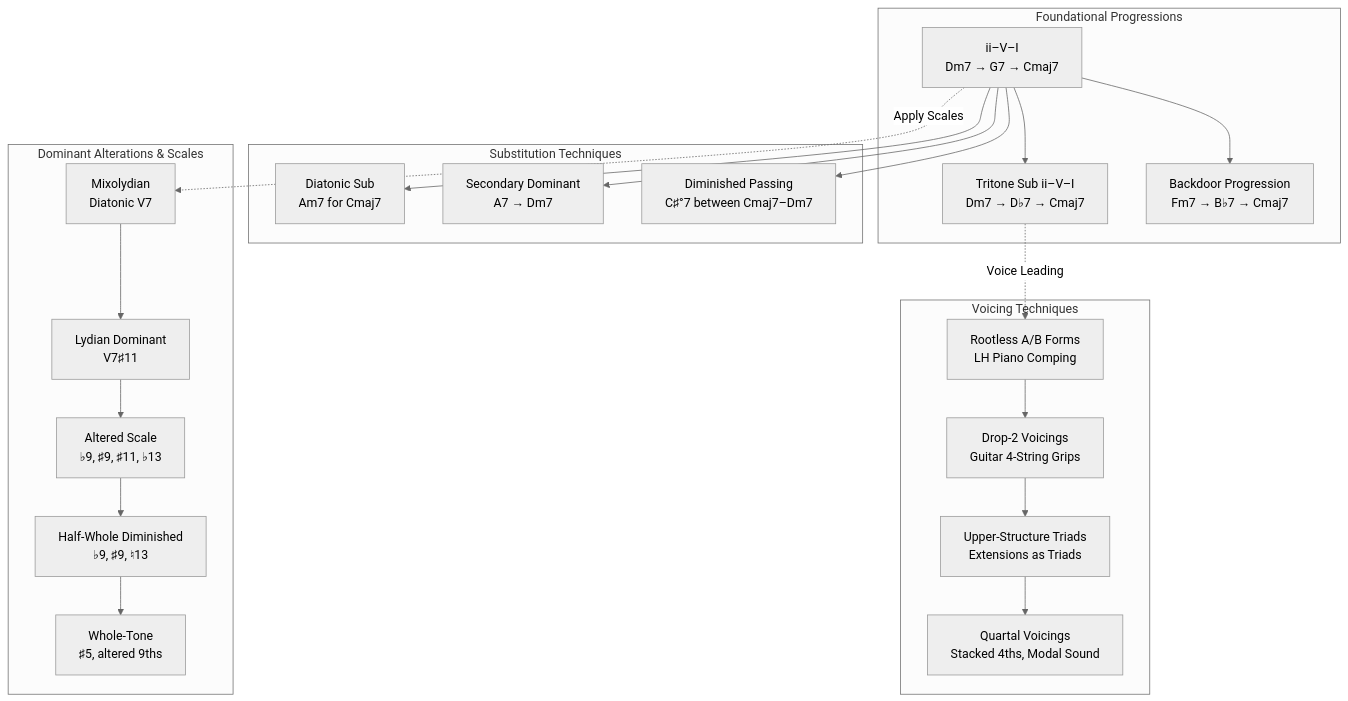
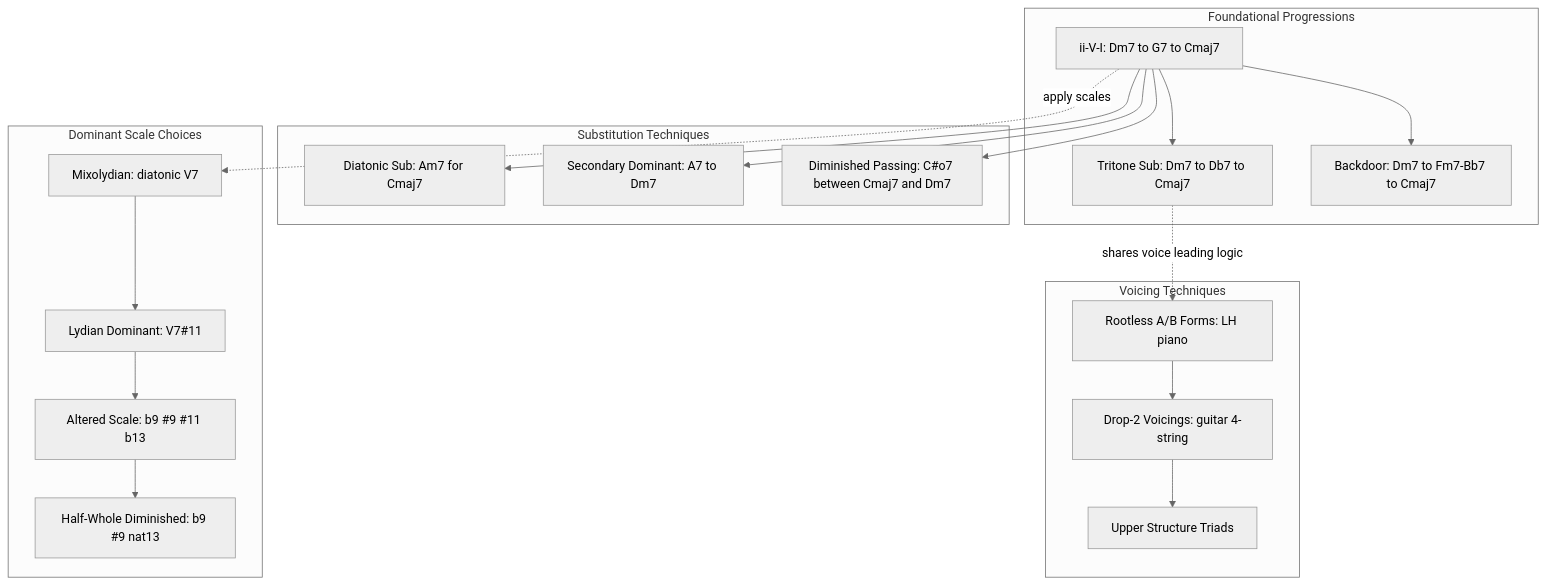
Before and after one commit to blebleblee/synapse: the second of 3 diagrams in topics/arts/composition/jazz_harmony/lesson_04_advanced_harmonic_concepts.md, drawn with Mermaid (neutral theme). The commit also changed other lines of this file and 4 other files, not shown here.

````diff
--- a/topics/arts/composition/jazz_harmony/lesson_04_advanced_harmonic_concepts.md
+++ b/topics/arts/composition/jazz_harmony/lesson_04_advanced_harmonic_concepts.md
@@ -337,47 +350,40 @@
 ```mermaid
 graph TB
     subgraph sub_foundation ["Foundational Progressions"]
-        A["ii–V–I<br/>Dm7 → G7 → Cmaj7"]
-        B["Tritone Sub ii–V–I<br/>Dm7 → D♭7 → Cmaj7"]
-        C["Backdoor Progression<br/>Fm7 → B♭7 → Cmaj7"]
+        A["ii-V-I: Dm7 to G7 to Cmaj7"]
+        B["Tritone Sub: Dm7 to Db7 to Cmaj7"]
+        C["Backdoor: Dm7 to Fm7-Bb7 to Cmaj7"]
     end
-    
+
     subgraph sub_substitution ["Substitution Techniques"]
-        D["Diatonic Sub<br/>Am7 for Cmaj7"]
-        E["Secondary Dominant<br/>A7 → Dm7"]
-        F["Diminished Passing<br/>C♯°7 between Cmaj7–Dm7"]
+        D["Diatonic Sub: Am7 for Cmaj7"]
+        E["Secondary Dominant: A7 to Dm7"]
+        F["Diminished Passing: C#o7 between Cmaj7 and Dm7"]
     end
-    
-    subgraph sub_dominant ["Dominant Alterations & Scales"]
-        G["Mixolydian<br/>Diatonic V7"]
-        H["Lydian Dominant<br/>V7♯11"]
-        I["Altered Scale<br/>♭9, ♯9, ♯11, ♭13"]
-        J["Half-Whole Diminished<br/>♭9, ♯9, ♮13"]
-        K["Whole-Tone<br/>♯5, altered 9ths"]
+
+    subgraph sub_dominant ["Dominant Scale Choices"]
+        G["Mixolydian: diatonic V7"]
+        H["Lydian Dominant: V7#11"]
+        I["Altered Scale: b9 #9 #11 b13"]
+        J["Half-Whole Diminished: b9 #9 nat13"]
     end
-    
+
     subgraph sub_voicing ["Voicing Techniques"]
-        L["Rootless A/B Forms<br/>LH Piano Comping"]
-        M["Drop-2 Voicings<br/>Guitar 4-String Grips"]
-        N["Upper-Structure Triads<br/>Extensions as Triads"]
-        O["Quartal Voicings<br/>Stacked 4ths, Modal Sound"]
+        L["Rootless A/B Forms: LH piano"]
+        M["Drop-2 Voicings: guitar 4-string"]
+        N["Upper Structure Triads"]
     end
-    
+
     A --> B
     A --> C
     A --> D
     A --> E
     A --> F
-    
     G --> H
     H --> I
     I --> J
-    J --> K
-    
     L --> M
     M --> N
-    N --> O
-    
-    A -.->|Apply Scales| G
-    B -.->|Voice Leading| L
+    A -.->|apply scales| G
+    B -.->|shares voice leading logic| L
 ```
````
